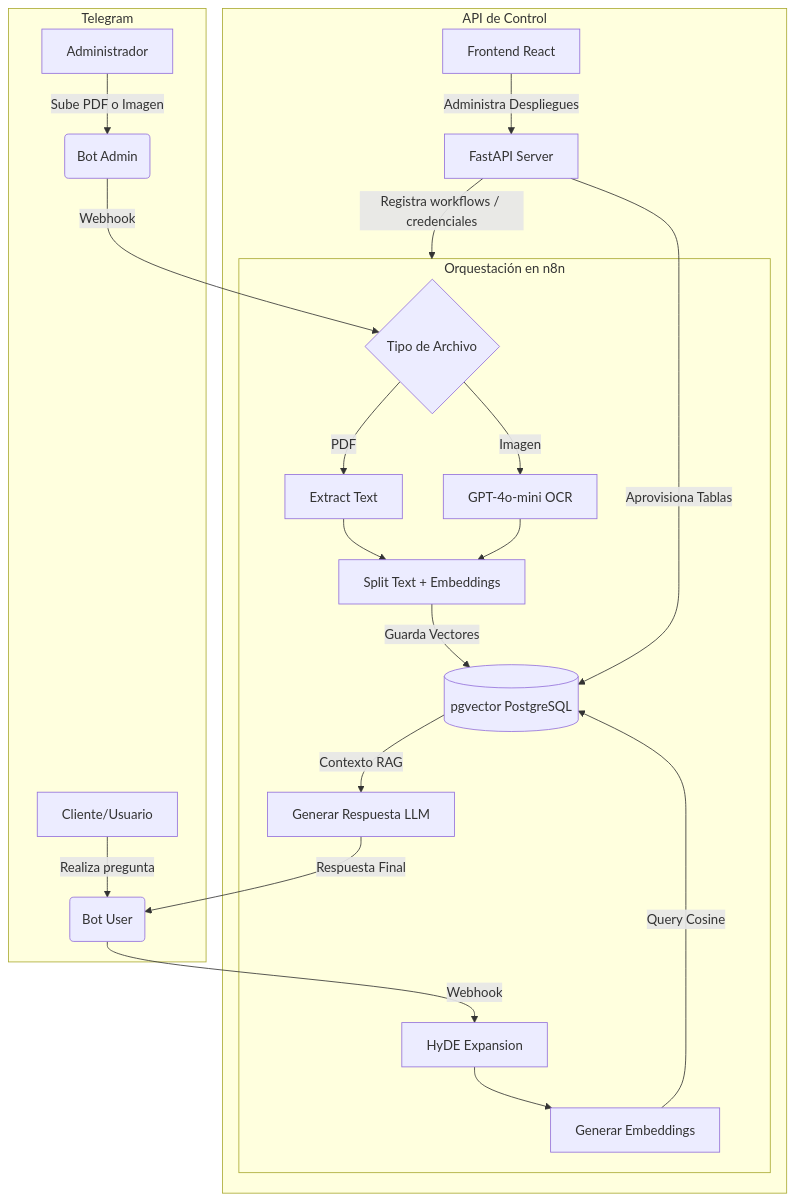
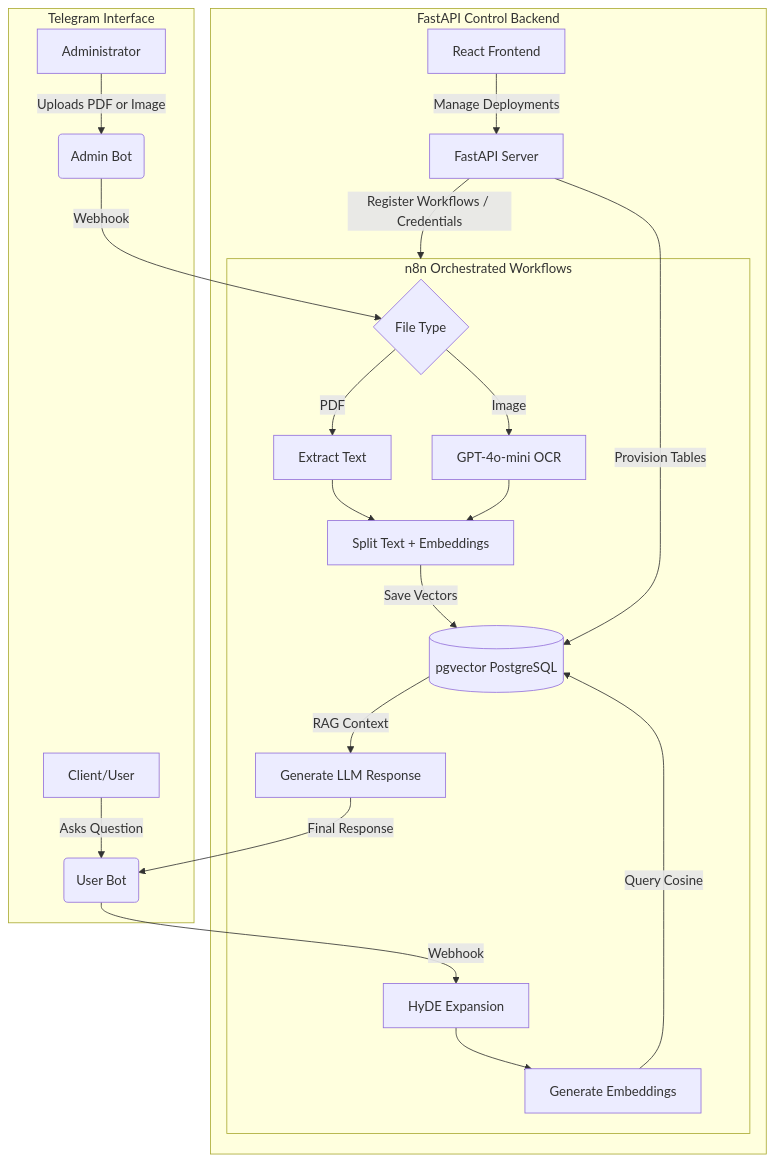
The diagram in README.md (DanielGalindoDev/negocios-aiopsora-bots), drawn with Mermaid before and after one commit. The commit also changed other lines of this file, not shown here.

````diff
--- a/README.md
+++ b/README.md
@@ -159,27 +159,27 @@
 ```mermaid
 flowchart TD
-    subgraph Telegram_Interface [Telegram]
-        A[Administrador] -->|Sube PDF o Imagen| B(Bot Admin)
-        C[Cliente/Usuario] -->|Realiza pregunta| D(Bot User)
+    subgraph Telegram_Interface [Telegram Interface]
+        A[Administrator] -->|Uploads PDF or Image| B(Admin Bot)
+        C[Client/User] -->|Asks Question| D(User Bot)
     end
 
-    subgraph n8n_Workflows [Orquestación en n8n]
-        B -->|Webhook| E{Tipo de Archivo}
+    subgraph n8n_Workflows [n8n Orchestrated Workflows]
+        B -->|Webhook| E{File Type}
         E -->|PDF| F[Extract Text]
-        E -->|Imagen| G[GPT-4o-mini OCR]
+        E -->|Image| G[GPT-4o-mini OCR]
         F & G --> H[Split Text + Embeddings]
-        H -->|Guarda Vectores| I[(pgvector PostgreSQL)]
+        H -->|Save Vectors| I[(pgvector PostgreSQL)]
 
         D -->|Webhook| J[HyDE Expansion]
-        J --> K[Generar Embeddings]
+        J --> K[Generate Embeddings]
         K -->|Query Cosine| I
-        I -->|Contexto RAG| L[Generar Respuesta LLM]
-        L -->|Respuesta Final| D
+        I -->|RAG Context| L[Generate LLM Response]
+        L -->|Final Response| D
     end
 
-    subgraph FastAPI_Backend [API de Control]
-        M[Frontend React] -->|Administra Despliegues| N[FastAPI Server]
-        N -->|Registra workflows / credenciales| n8n_Workflows
-        N -->|Aprovisiona Tablas| I
+    subgraph FastAPI_Backend [FastAPI Control Backend]
+        M[React Frontend] -->|Manage Deployments| N[FastAPI Server]
+        N -->|Register Workflows / Credentials| n8n_Workflows
+        N -->|Provision Tables| I
     end
 ```
````
